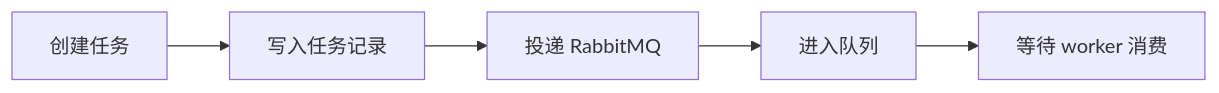
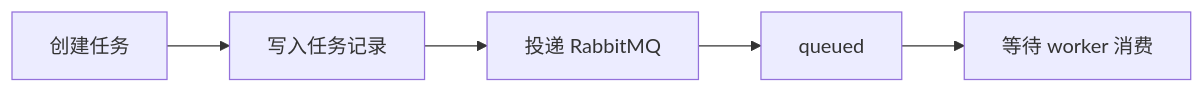
One commit to juemimgcd/sentiFlow changed the ninth of 18 diagrams in steps/day1-day15-summary.md. Above: the diagram before and after it, drawn with Mermaid. The commit also changed other lines of this file and 2 other files, not shown here.

````diff
--- a/steps/day1-day15-summary.md
+++ b/steps/day1-day15-summary.md
@@ -265,7 +292,7 @@
 ```mermaid
 flowchart LR
     A[创建任务] --> B[写入任务记录]
     B --> C[投递 RabbitMQ]
-    C --> D[进入队列]
+    C --> D[queued]
     D --> E[等待 worker 消费]
 ```
````
